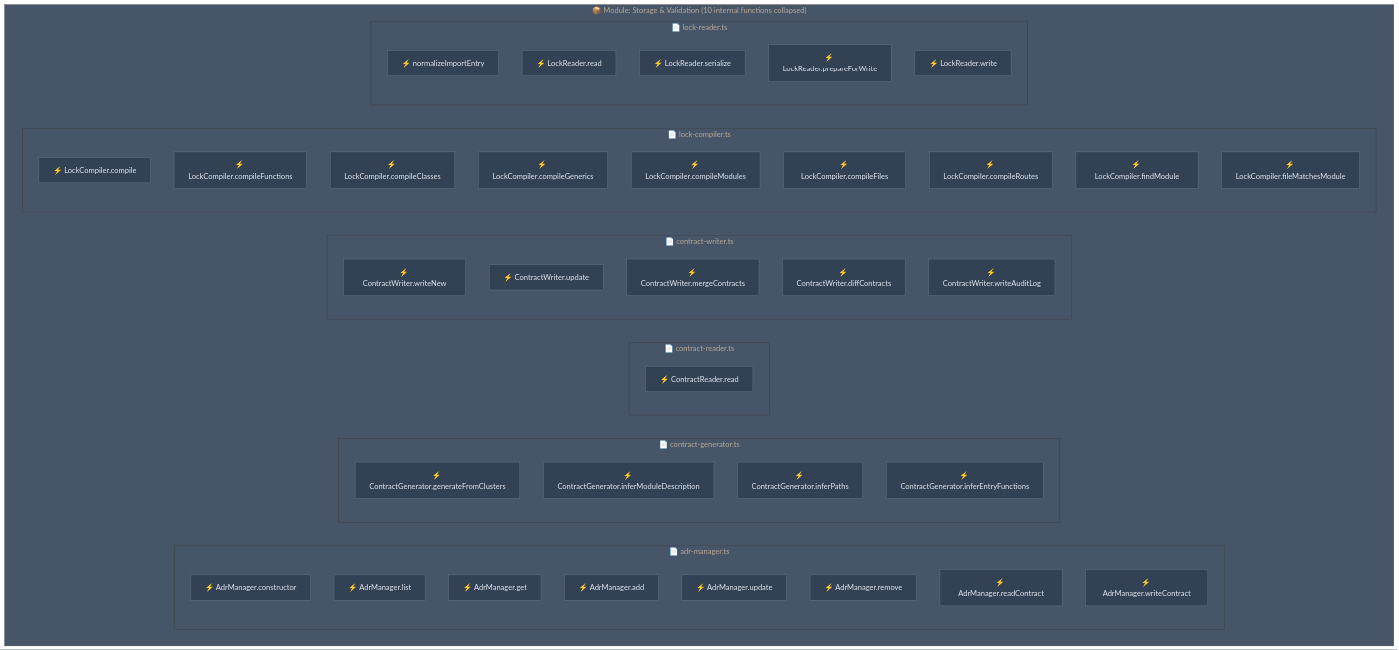
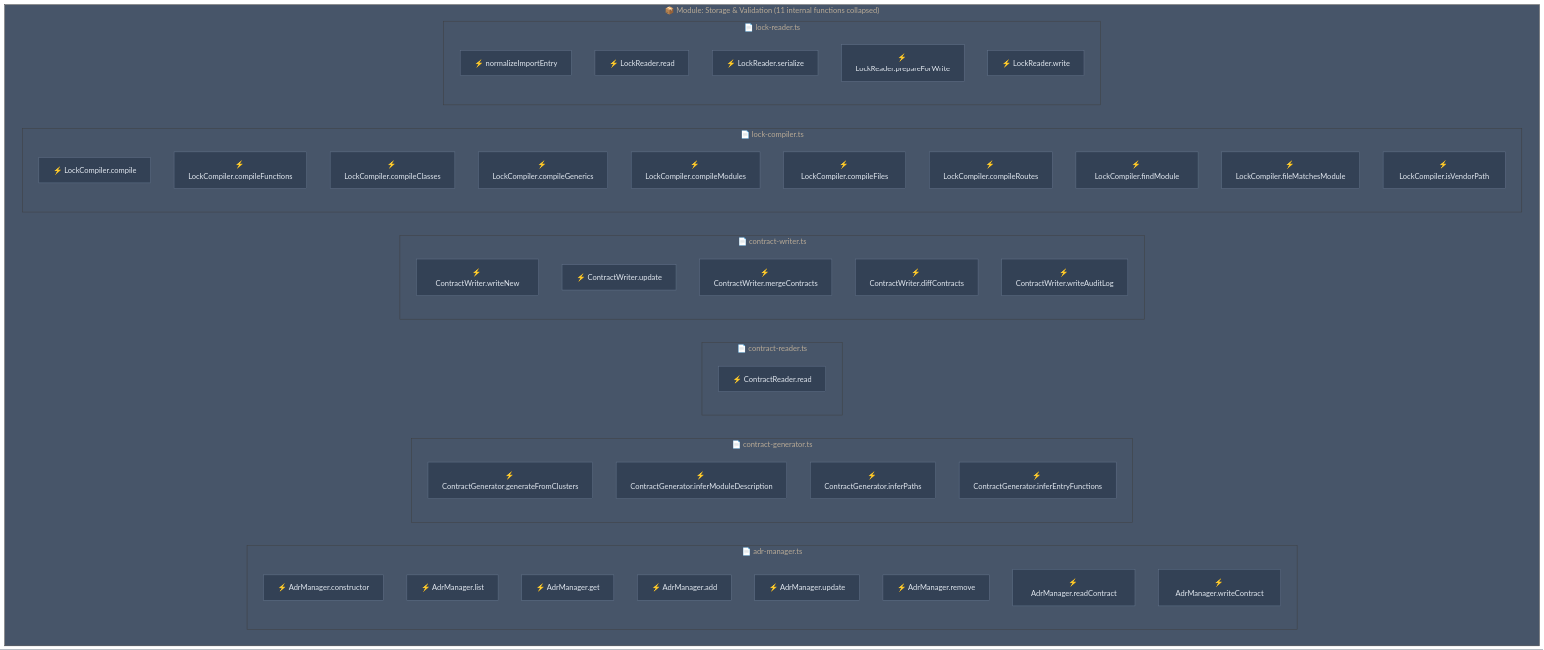
The diagram in .mikk/diagrams/modules/packages-core-contract.mmd (Ansh-dhanani/mikk), drawn with Mermaid before and after one commit. The commit also changed 62 other files, not shown here.

Commit message:
feat: implement core contract generation, caching, and security scanning infrastructure with supporting test fixtures and diagrams

```diff
--- a/.mikk/diagrams/modules/packages-core-contract.mmd
+++ b/.mikk/diagrams/modules/packages-core-contract.mmd
@@ -1,52 +1,53 @@
 %%{init: {"theme": "base", "themeVariables": {"primaryColor": "#1e293b", "primaryTextColor": "#e2e8f0", "lineColor": "#64748b", "secondaryColor": "#334155", "tertiaryColor": "#475569", "background": "#0f172a", "mainBkg": "#1e293b", "nodeBorder": "#475569"}}}%%
 graph TD
-    subgraph mod_packages_core_contract["📦 Module: Storage & Validation (10 internal functions collapsed)"]
+    subgraph mod_packages_core_contract["📦 Module: Storage & Validation (11 internal functions collapsed)"]
         subgraph file_c__users_ansh_desktop_web_mesh_packages_core_src_contract_adr_manager_ts["📄 adr-manager.ts"]
             fn_c__users_ansh_desktop_web_mesh_packages_core_src_contract_adr_manager_ts_adrmanager_constructor["⚡ AdrManager.constructor"]
             fn_c__users_ansh_desktop_web_mesh_packages_core_src_contract_adr_manager_ts_adrmanager_list["⚡ AdrManager.list"]
             fn_c__users_ansh_desktop_web_mesh_packages_core_src_contract_adr_manager_ts_adrmanager_get["⚡ AdrManager.get"]
             fn_c__users_ansh_desktop_web_mesh_packages_core_src_contract_adr_manager_ts_adrmanager_add["⚡ AdrManager.add"]
             fn_c__users_ansh_desktop_web_mesh_packages_core_src_contract_adr_manager_ts_adrmanager_update["⚡ AdrManager.update"]
             fn_c__users_ansh_desktop_web_mesh_packages_core_src_contract_adr_manager_ts_adrmanager_remove["⚡ AdrManager.remove"]
             fn_c__users_ansh_desktop_web_mesh_packages_core_src_contract_adr_manager_ts_adrmanager_readcontract["⚡ AdrManager.readContract"]
             fn_c__users_ansh_desktop_web_mesh_packages_core_src_contract_adr_manager_ts_adrmanager_writecontract["⚡ AdrManager.writeContract"]
         end
         subgraph file_c__users_ansh_desktop_web_mesh_packages_core_src_contract_contract_generator_ts["📄 contract-generator.ts"]
             fn_c__users_ansh_desktop_web_mesh_packages_core_src_contract_contract_generator_ts_contractgenerator_generatefromclusters["⚡ ContractGenerator.generateFromClusters"]
             fn_c__users_ansh_desktop_web_mesh_packages_core_src_contract_contract_generator_ts_contractgenerator_infermoduledescription["⚡ ContractGenerator.inferModuleDescription"]
             fn_c__users_ansh_desktop_web_mesh_packages_core_src_contract_contract_generator_ts_contractgenerator_inferpaths["⚡ ContractGenerator.inferPaths"]
             fn_c__users_ansh_desktop_web_mesh_packages_core_src_contract_contract_generator_ts_contractgenerator_inferentryfunctions["⚡ ContractGenerator.inferEntryFunctions"]
         end
         subgraph file_c__users_ansh_desktop_web_mesh_packages_core_src_contract_contract_reader_ts["📄 contract-reader.ts"]
             fn_c__users_ansh_desktop_web_mesh_packages_core_src_contract_contract_reader_ts_contractreader_read["⚡ ContractReader.read"]
         end
         subgraph file_c__users_ansh_desktop_web_mesh_packages_core_src_contract_contract_writer_ts["📄 contract-writer.ts"]
             fn_c__users_ansh_desktop_web_mesh_packages_core_src_contract_contract_writer_ts_contractwriter_writenew["⚡ ContractWriter.writeNew"]
             fn_c__users_ansh_desktop_web_mesh_packages_core_src_contract_contract_writer_ts_contractwriter_update["⚡ ContractWriter.update"]
             fn_c__users_ansh_desktop_web_mesh_packages_core_src_contract_contract_writer_ts_contractwriter_mergecontracts["⚡ ContractWriter.mergeContracts"]
             fn_c__users_ansh_desktop_web_mesh_packages_core_src_contract_contract_writer_ts_contractwriter_diffcontracts["⚡ ContractWriter.diffContracts"]
             fn_c__users_ansh_desktop_web_mesh_packages_core_src_contract_contract_writer_ts_contractwriter_writeauditlog["⚡ ContractWriter.writeAuditLog"]
         end
         subgraph file_c__users_ansh_desktop_web_mesh_packages_core_src_contract_lock_compiler_ts["📄 lock-compiler.ts"]
             fn_c__users_ansh_desktop_web_mesh_packages_core_src_contract_lock_compiler_ts_lockcompiler_compile["⚡ LockCompiler.compile"]
             fn_c__users_ansh_desktop_web_mesh_packages_core_src_contract_lock_compiler_ts_lockcompiler_compilefunctions["⚡ LockCompiler.compileFunctions"]
             fn_c__users_ansh_desktop_web_mesh_packages_core_src_contract_lock_compiler_ts_lockcompiler_compileclasses["⚡ LockCompiler.compileClasses"]
             fn_c__users_ansh_desktop_web_mesh_packages_core_src_contract_lock_compiler_ts_lockcompiler_compilegenerics["⚡ LockCompiler.compileGenerics"]
             fn_c__users_ansh_desktop_web_mesh_packages_core_src_contract_lock_compiler_ts_lockcompiler_compilemodules["⚡ LockCompiler.compileModules"]
             fn_c__users_ansh_desktop_web_mesh_packages_core_src_contract_lock_compiler_ts_lockcompiler_compilefiles["⚡ LockCompiler.compileFiles"]
             fn_c__users_ansh_desktop_web_mesh_packages_core_src_contract_lock_compiler_ts_lockcompiler_compileroutes["⚡ LockCompiler.compileRoutes"]
             fn_c__users_ansh_desktop_web_mesh_packages_core_src_contract_lock_compiler_ts_lockcompiler_findmodule["⚡ LockCompiler.findModule"]
             fn_c__users_ansh_desktop_web_mesh_packages_core_src_contract_lock_compiler_ts_lockcompiler_filematchesmodule["⚡ LockCompiler.fileMatchesModule"]
+            fn_c__users_ansh_desktop_web_mesh_packages_core_src_contract_lock_compiler_ts_lockcompiler_isvendorpath["⚡ LockCompiler.isVendorPath"]
         end
         subgraph file_c__users_ansh_desktop_web_mesh_packages_core_src_contract_lock_reader_ts["📄 lock-reader.ts"]
             fn_c__users_ansh_desktop_web_mesh_packages_core_src_contract_lock_reader_ts_normalizeimportentry["⚡ normalizeImportEntry"]
             fn_c__users_ansh_desktop_web_mesh_packages_core_src_contract_lock_reader_ts_lockreader_read["⚡ LockReader.read"]
             fn_c__users_ansh_desktop_web_mesh_packages_core_src_contract_lock_reader_ts_lockreader_serialize["⚡ LockReader.serialize"]
             fn_c__users_ansh_desktop_web_mesh_packages_core_src_contract_lock_reader_ts_lockreader_prepareforwrite["⚡ LockReader.prepareForWrite"]
             fn_c__users_ansh_desktop_web_mesh_packages_core_src_contract_lock_reader_ts_lockreader_write["⚡ LockReader.write"]
         end
     end
 
 
     classDef default fill:#334155,stroke:#64748b,color:#e2e8f0,stroke-width:1px
     classDef external fill:#1e293b,stroke:#475569,color:#94a3b8,stroke-dasharray: 5 5
```
